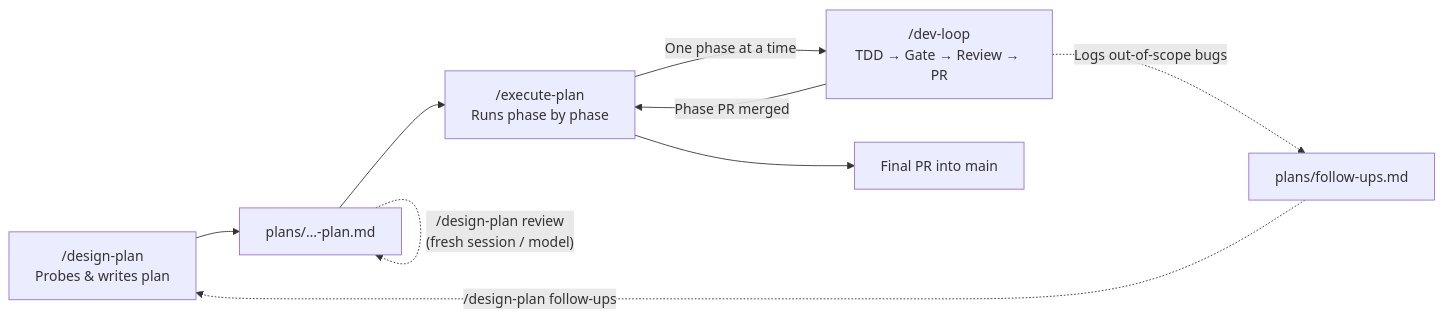
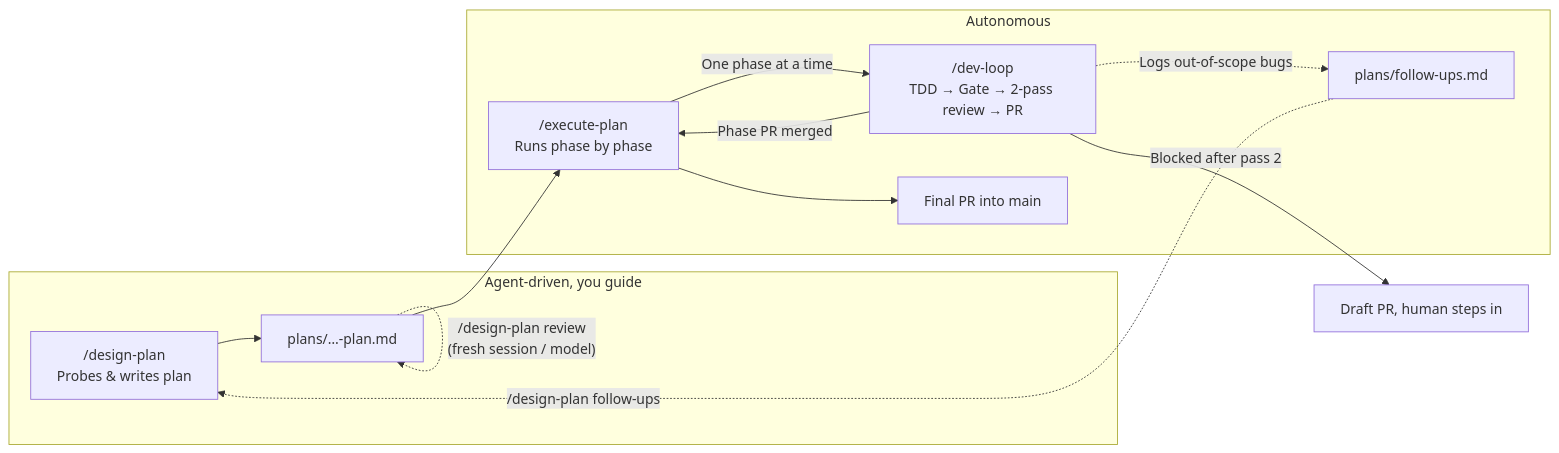
One commit to seriva/bootstrap changed the diagram in README.md. Above: the diagram before and after it, drawn with Mermaid. The commit also changed other lines of this file, not shown here.

Commit message:
docs: clarify agentic workflow skills and their interactive and autonomous roles in README

````diff
--- a/README.md
+++ b/README.md
@@ -62,11 +62,17 @@
 ```mermaid
 flowchart LR
-    DP["/design-plan<br/>Probes & writes plan"] --> Plan["plans/…-plan.md"]
-    Plan -.->|"/design-plan review<br/>(fresh session / model)"| Plan
-    Plan --> EP["/execute-plan<br/>Runs phase by phase"]
-    EP -->|"One phase at a time"| DL["/dev-loop<br/>TDD → Gate → Review → PR"]
-    DL -->|"Phase PR merged"| EP
-    DL -.->|"Logs out-of-scope bugs"| FU["plans/follow-ups.md"]
+    subgraph Manual["Agent-driven, you guide"]
+        DP["/design-plan<br/>Probes & writes plan"] --> Plan["plans/…-plan.md"]
+        Plan -.->|"/design-plan review<br/>(fresh session / model)"| Plan
+    end
+    subgraph Auto["Autonomous"]
+        EP["/execute-plan<br/>Runs phase by phase"]
+        EP -->|"One phase at a time"| DL["/dev-loop<br/>TDD → Gate → 2-pass review → PR"]
+        DL -->|"Phase PR merged"| EP
+        DL -.->|"Logs out-of-scope bugs"| FU["plans/follow-ups.md"]
+        EP --> Final["Final PR into main"]
+    end
+    Plan --> EP
+    DL -->|"Blocked after pass 2"| Human["Draft PR, human steps in"]
     FU -.->|"/design-plan follow-ups"| DP
-    EP --> Final["Final PR into main"]
 ```
````
